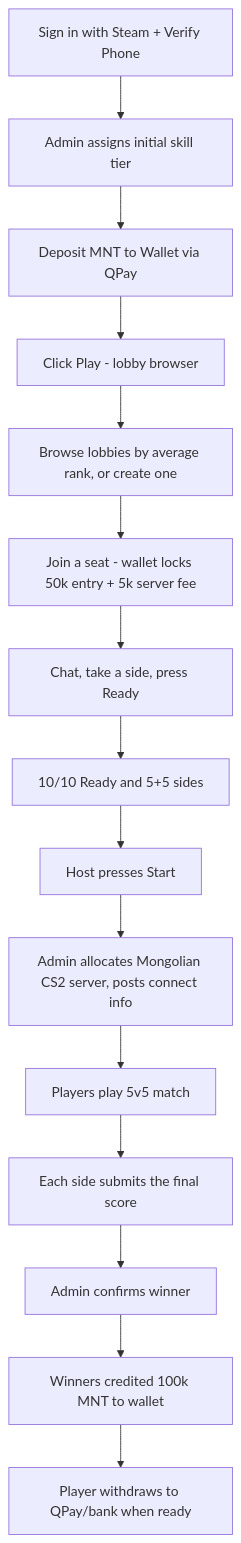
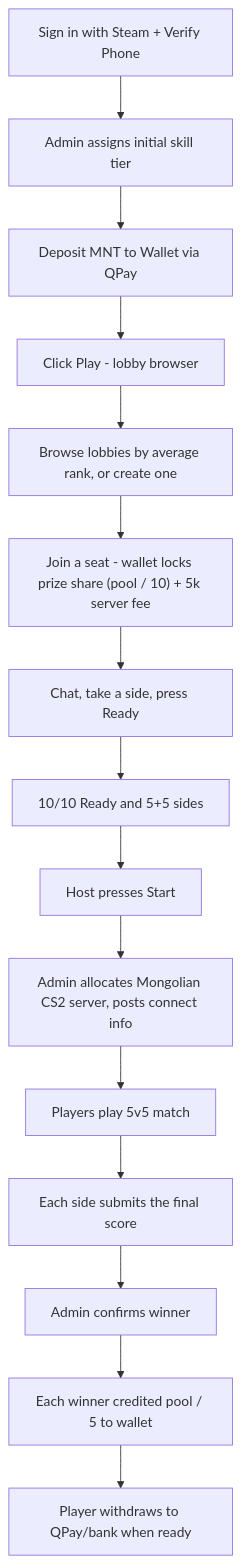
Before and after one commit to Chinkhusel14/bulaa: the diagram in docs/PRD.md, drawn with Mermaid. The commit also changed other lines of this file and 65 other files, not shown here.

First line of the commit message:
feat(backend): update lobby module with prize pool and server fee management

````diff
--- a/docs/PRD.md
+++ b/docs/PRD.md
@@ -111,17 +111,17 @@
 ```mermaid
 flowchart TD
     SignUp[Sign in with Steam + Verify Phone] --> KYC[Admin assigns initial skill tier]
     KYC --> Deposit[Deposit MNT to Wallet via QPay]
     Deposit --> Play[Click Play - lobby browser]
     Play --> Pick["Browse lobbies by average rank, or create one"]
-    Pick --> Join["Join a seat - wallet locks 50k entry + 5k server fee"]
+    Pick --> Join["Join a seat - wallet locks prize share (pool / 10) + 5k server fee"]
     Join --> Lobby["Chat, take a side, press Ready"]
     Lobby --> AllReady["10/10 Ready and 5+5 sides"]
     AllReady --> Start[Host presses Start]
     Start --> ServerReady[Admin allocates Mongolian CS2 server, posts connect info]
     ServerReady --> Match[Players play 5v5 match]
     Match --> Scores[Each side submits the final score]
     Scores --> AdminConfirm[Admin confirms winner]
-    AdminConfirm --> Payout[Winners credited 100k MNT to wallet]
+    AdminConfirm --> Payout["Each winner credited pool / 5 to wallet"]
     Payout --> Withdraw[Player withdraws to QPay/bank when ready]
 ```
````
